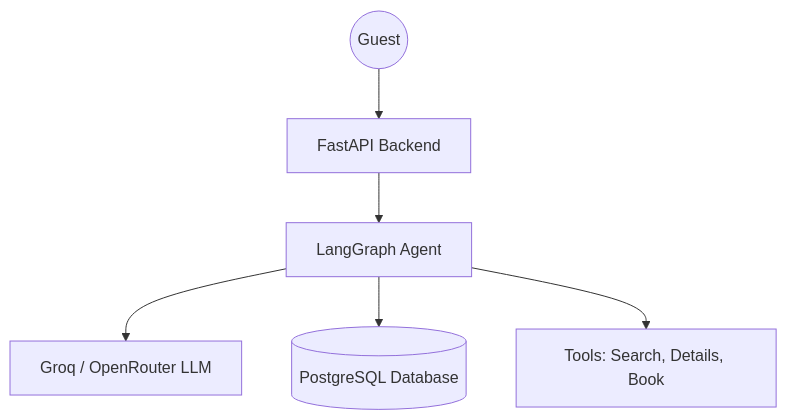
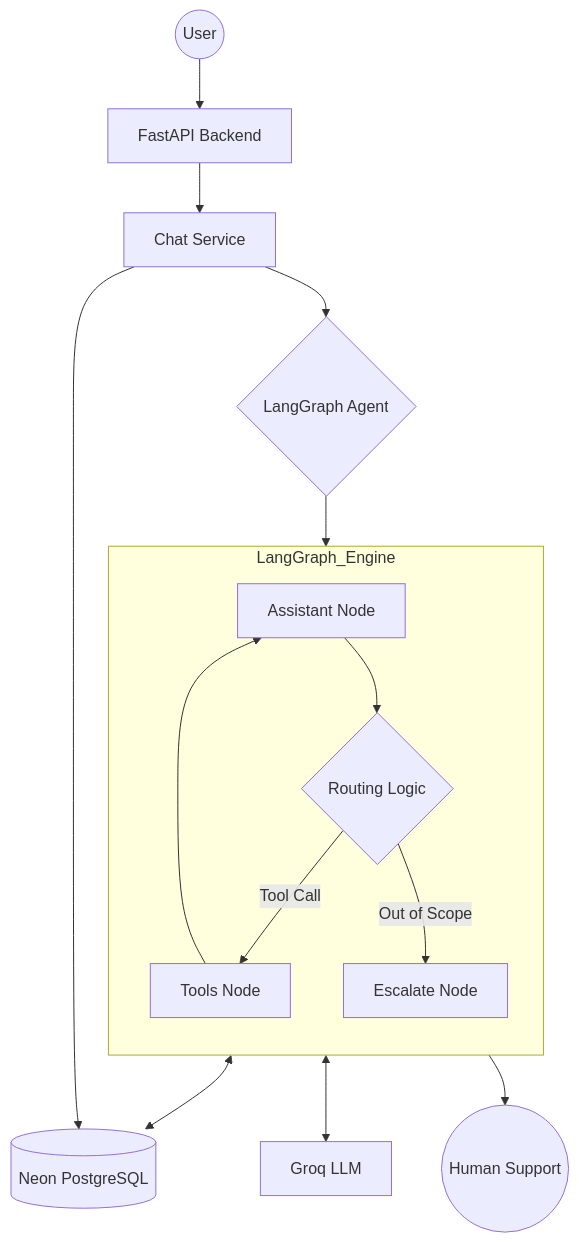
Before and after one commit to Ghost-141/StayEase-AI-Assistant-for-Rental-Service: the diagram in README.md, drawn with Mermaid. The commit also changed other lines of this file and 2 other files, not shown here.

````diff
--- a/README.md
+++ b/README.md
@@ -9,8 +9,20 @@
 ```mermaid
 graph TD
-    User((Guest)) --> FastAPI[FastAPI Backend]
-    FastAPI --> LangGraph[LangGraph Agent]
-    LangGraph --> LLM[Groq / OpenRouter LLM]
-    LangGraph --> DB[(PostgreSQL Database)]
-    LangGraph --> Tools[Tools: Search, Details, Book]
+    User((User)) --> FastAPI[FastAPI Backend]
+    FastAPI --> ChatService[Chat Service]
+    ChatService --> DB[(Neon PostgreSQL)]
+    ChatService --> LangGraph{LangGraph Agent}
+
+    subgraph LangGraph_Engine
+        direction TB
+        assistant[Assistant Node] --> route{Routing Logic}
+        route -- "Tool Call" --> tools[Tools Node]
+        route -- "Out of Scope" --> escalate[Escalate Node]
+        tools --> assistant
+    end
+
+    LangGraph --> assistant
+    assistant <--> LLM[Groq LLM]
+    tools <--> DB
+    escalate --> Human((Human Support))
 ```
````
